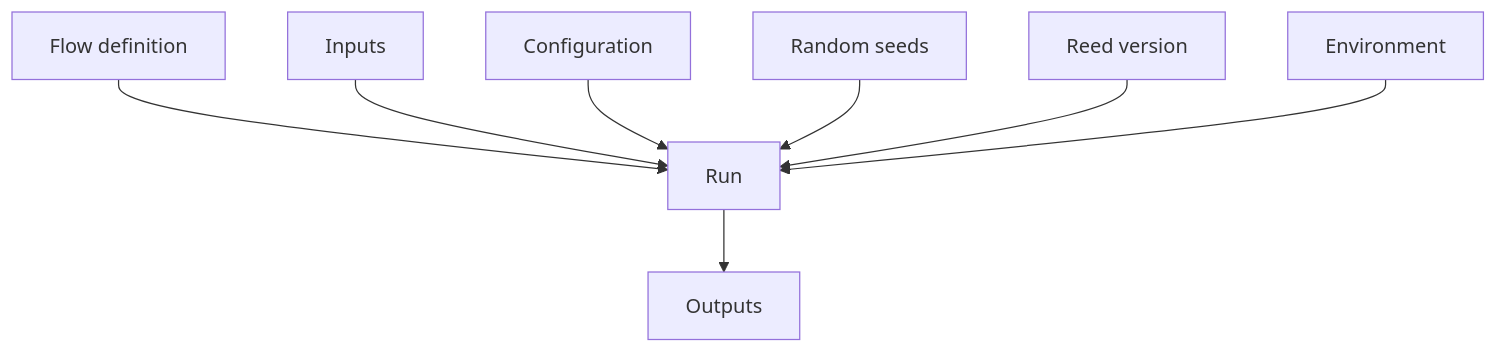
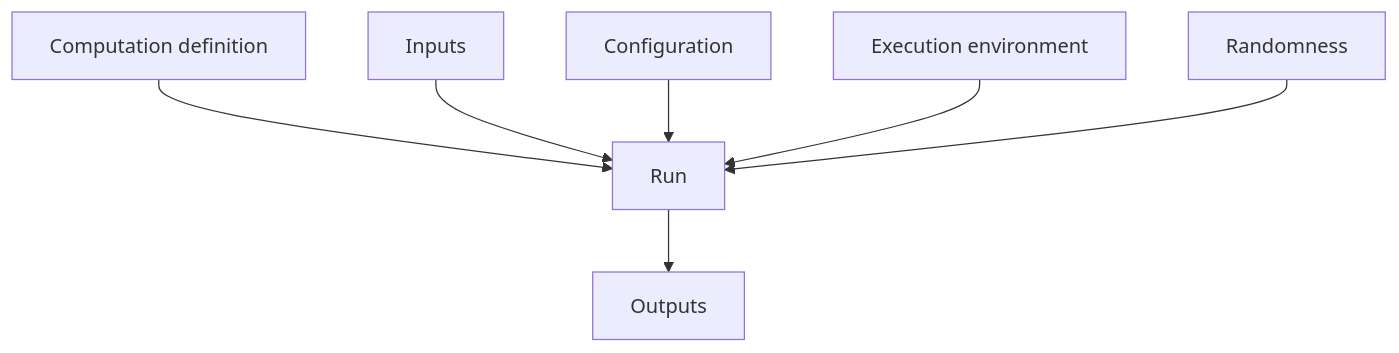
Before and after one commit to aam-cloudsky/Reed: the eighth of 13 diagrams in roadmap.md, drawn with Mermaid. The commit also changed other lines of this file, not shown here.

First line of the commit message:
Revise Reed Architectural Roadmap for clarity and structure

````diff
--- a/roadmap.md
+++ b/roadmap.md
@@ -458,11 +493,10 @@
 ```mermaid
 flowchart TD
-    F["Flow definition"] --> R["Run"]
+    F["Computation definition"] --> R["Run"]
     I["Inputs"] --> R
     C["Configuration"] --> R
-    S["Random seeds"] --> R
-    V["Reed version"] --> R
-    E["Environment"] --> R
+    ENV["Execution environment"] --> R
+    RAND["Randomness"] --> R
 
     R --> O["Outputs"]
 ```
````
